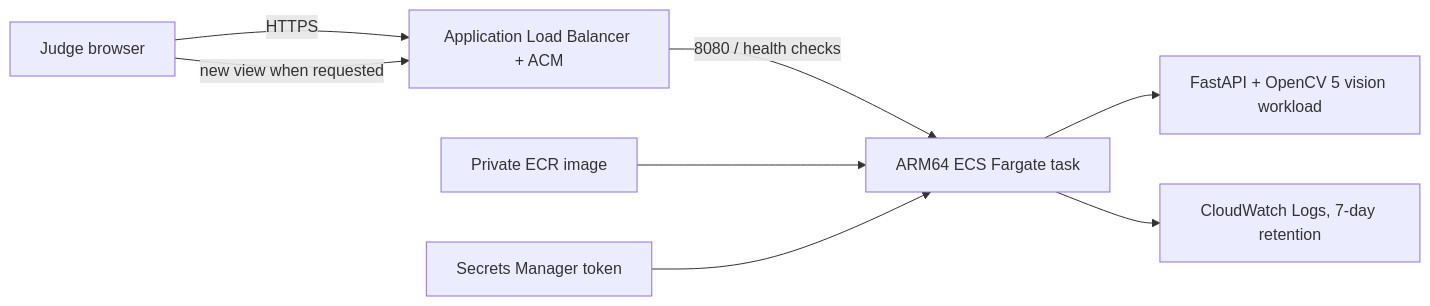
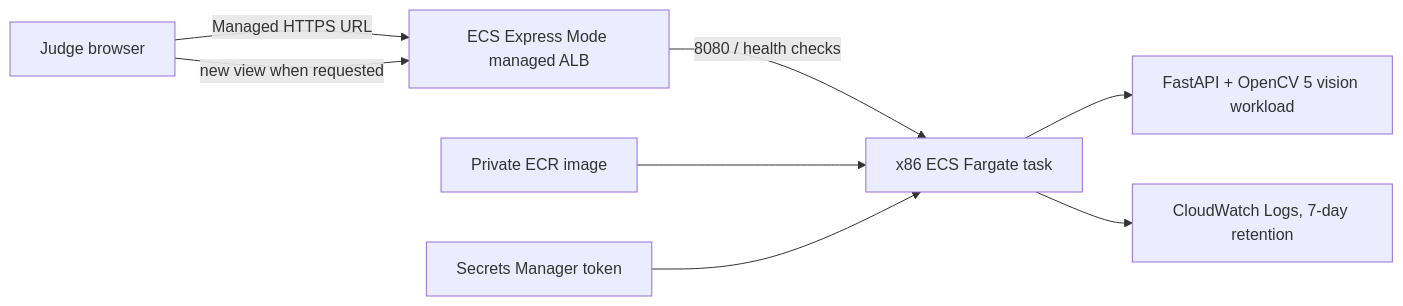
Before and after one commit to zalkabsi/Qyvoriq: the second of 2 diagrams in docs/ARCHITECTURE.md, drawn with Mermaid. The commit also changed other lines of this file and 48 other files, not shown here.

````diff
--- a/docs/ARCHITECTURE.md
+++ b/docs/ARCHITECTURE.md
@@ -49,10 +49,10 @@
 ```mermaid
 flowchart LR
-  Judge[Judge browser] -->|HTTPS| ALB[Application Load Balancer + ACM]
-  ALB -->|8080 / health checks| ECS[ARM64 ECS Fargate task]
+  Judge[Judge browser] -->|Managed HTTPS URL| ALB[ECS Express Mode managed ALB]
+  ALB -->|8080 / health checks| ECS[x86 ECS Fargate task]
   ECR[Private ECR image] --> ECS
   ECS --> CV[FastAPI + OpenCV 5 vision workload]
   ECS --> CW[CloudWatch Logs, 7-day retention]
   SM[Secrets Manager token] --> ECS
   Judge -->|new view when requested| ALB
 ```
````
